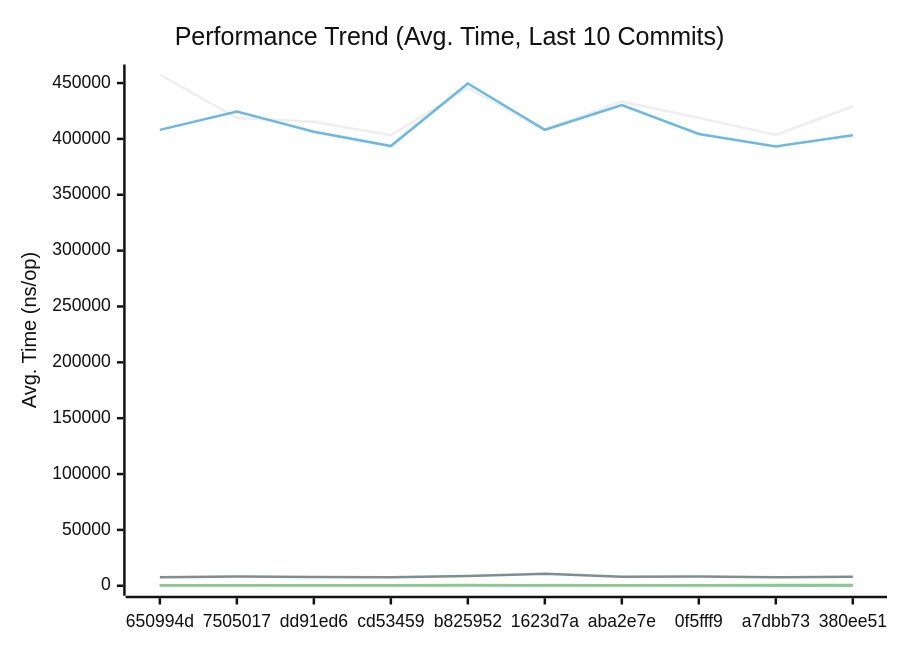
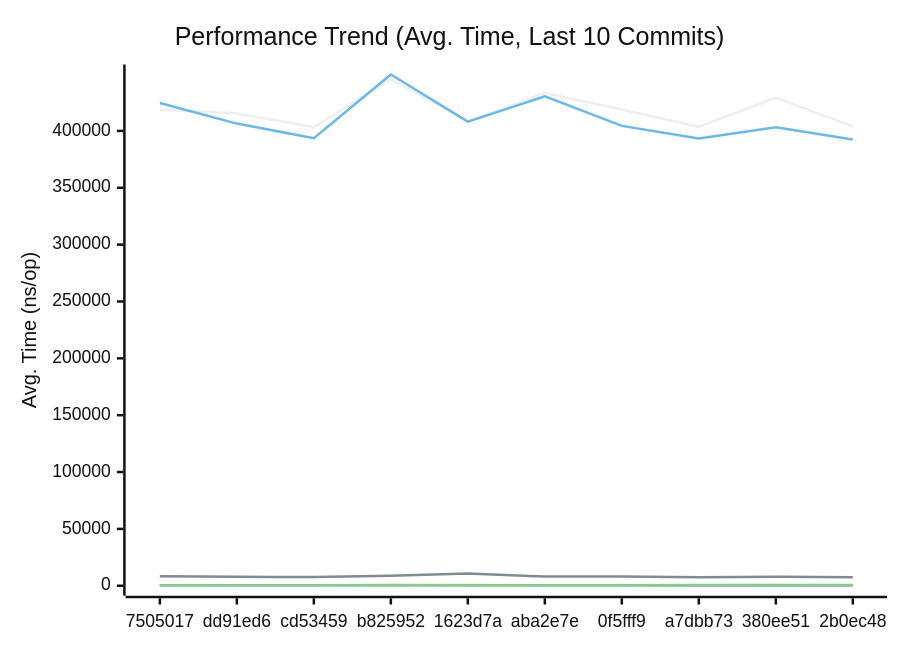
One commit to alsotoes/momo changed the first of 3 diagrams in docs/PERFORMANCE.md. Above: the diagram before and after it, drawn with Mermaid (neutral theme). The commit also changed other lines of this file and 2 other files, not shown here.

````diff
--- a/docs/PERFORMANCE.md
+++ b/docs/PERFORMANCE.md
@@ -145,20 +145,20 @@
 ```mermaid
 xychart-beta
     title "Performance Trend (Avg. Time, Last 10 Commits)"
     x-axis "Commit"
     y-axis "Avg. Time (ns/op)"
-    x-axis [650994d,7505017,dd91ed6,cd53459,b825952,1623d7a,aba2e7e,0f5fff9,a7dbb73,380ee51]
-    line "AWSChunkedReaderSigned" [457655,418649,415373,403249,445617,408424,433346,418811,403588,429229]
-    line "AWSChunkedReaderUnsigned" [408115,424530,406436,393596,449617,408148,430389,404420,393243,403247]
-    line "CheckMetricsAndSwap" [8,8,7,8,8,9,8,8,7,9]
-    line "CrushOptimized" [306,309,294,287,358,356,303,301,284,301]
-    line "CrushOriginal" [394,422,407,389,441,568,411,382,396,423]
+    x-axis [7505017,dd91ed6,cd53459,b825952,1623d7a,aba2e7e,0f5fff9,a7dbb73,380ee51,2b0ec48]
+    line "AWSChunkedReaderSigned" [418649,415373,403249,445617,408424,433346,418811,403588,429229,403967]
+    line "AWSChunkedReaderUnsigned" [424530,406436,393596,449617,408148,430389,404420,393243,403247,392414]
+    line "CheckMetricsAndSwap" [8,7,8,8,9,8,8,7,9,7]
+    line "CrushOptimized" [309,294,287,358,356,303,301,284,301,316]
+    line "CrushOriginal" [422,407,389,441,568,411,382,396,423,386]
     line "IndexDirectTracking" [0,0,0,0,0,0,0,0,0,0]
-    line "IndexSearch" [2,2,2,1,1,2,2,2,3,3]
-    line "LoadGlobalConfig" [7670,8319,7911,7590,8718,10767,8040,8190,7563,7976]
-    line "PadString" [38,40,39,36,44,55,40,53,37,39]
+    line "IndexSearch" [2,2,1,1,2,2,2,3,3,3]
+    line "LoadGlobalConfig" [8319,7911,7590,8718,10767,8040,8190,7563,7976,7514]
+    line "PadString" [40,39,36,44,55,40,53,37,39,38]
     line "ParseReplicationOrder_NoPrealloc" [350,349,357,354,345,225,229,165,232,234]
     line "ParseReplicationOrder_Prealloc" [229,231,237,234,229,108,107,80,110,109]
-    line "SanitizeLog/Safe" [398,416,401,396,419,499,416,418,222,229]
-    line "SanitizeLog/Unsafe" [487,506,541,482,602,485,511,532,643,668]
+    line "SanitizeLog/Safe" [416,401,396,419,499,416,418,222,229,221]
+    line "SanitizeLog/Unsafe" [506,541,482,602,485,511,532,643,668,634]
 ```
````
